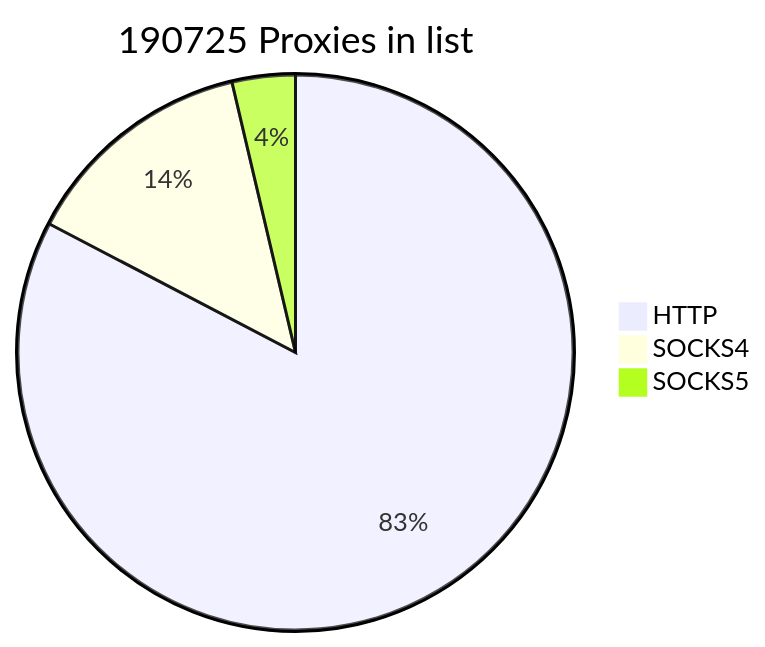
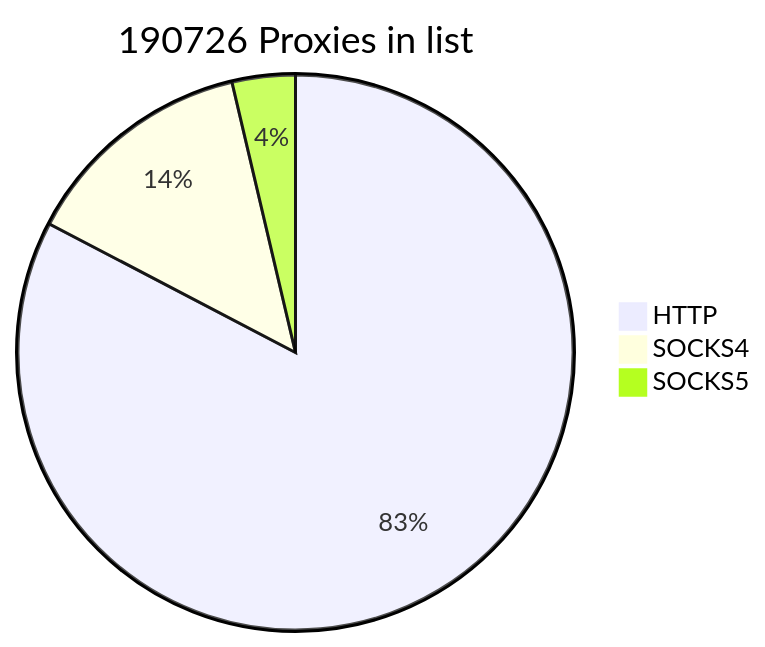
Before and after one commit to cutipu/proxylist: the first of 2 diagrams in README.md, drawn with Mermaid. The commit also changed other lines of this file, not shown here.

````diff
--- a/README.md
+++ b/README.md
@@ -2,7 +2,7 @@
 ```mermaid
-pie title 190725 Proxies in list
+pie title 190726 Proxies in list
     "HTTP" : 157660
-    "SOCKS4" : 26059
+    "SOCKS4" : 26060
     "SOCKS5" : 7006
             
 ```
````
